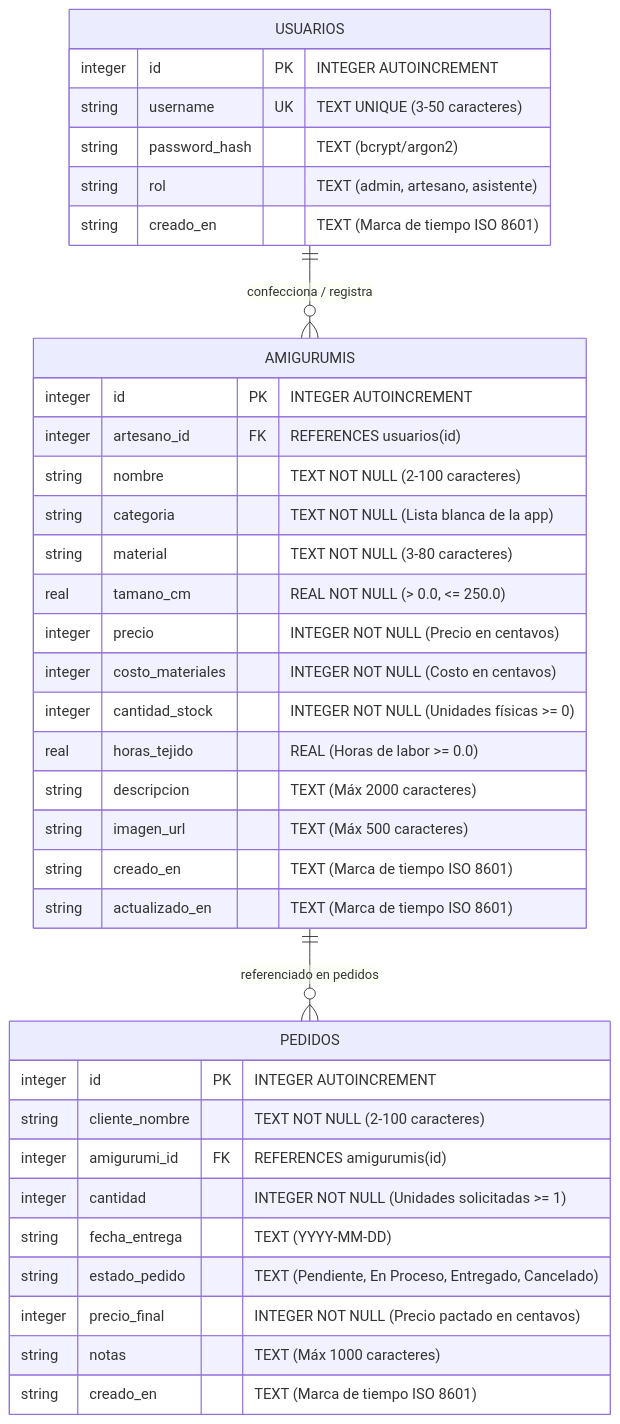
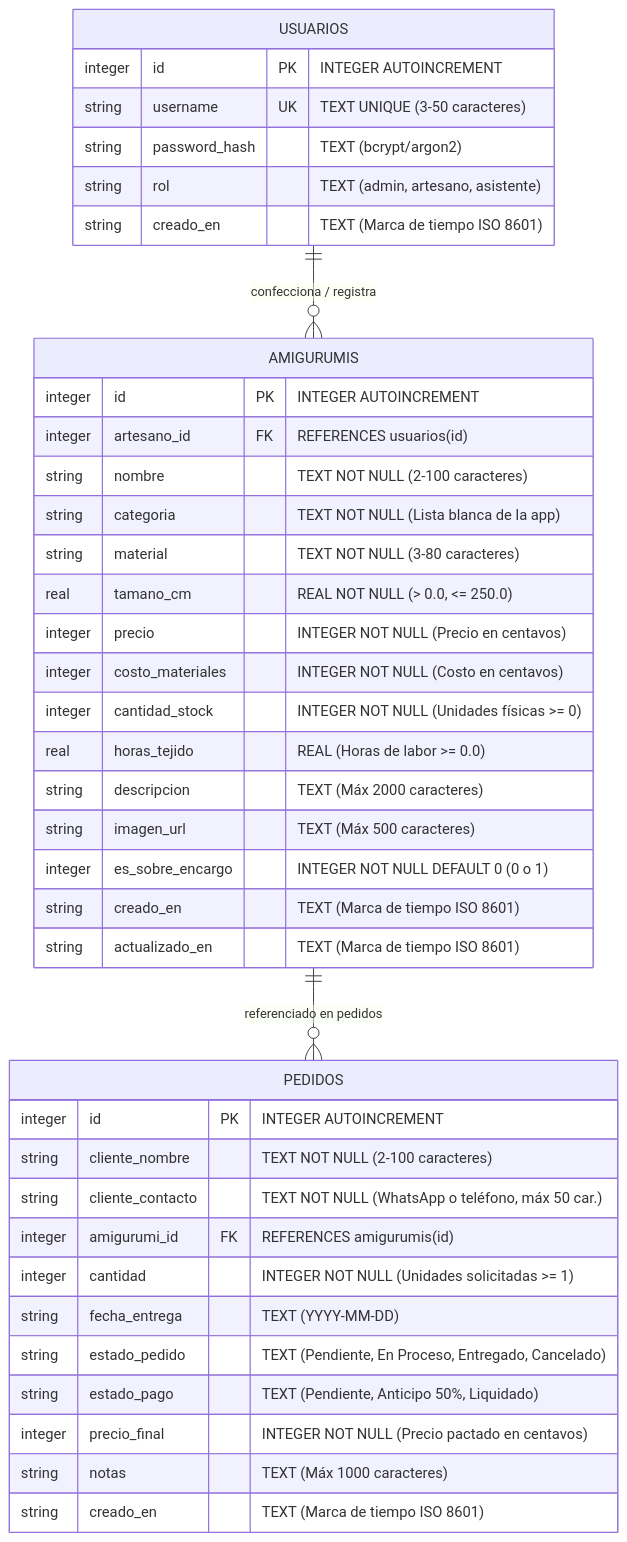
One commit to AngelKero/amigurumi-manager changed the diagram in docs/data-model.es.md. Above: the diagram before and after it, drawn with Mermaid. The commit also changed other lines of this file and 18 other files, not shown here.

Commit message:
refactor: transition project to Clean Architecture with modular PHP views and refined design system specifications

````diff
--- a/docs/data-model.es.md
+++ b/docs/data-model.es.md
@@ -18,42 +18,45 @@
 ```mermaid
 erDiagram
     USUARIOS {
         integer id PK "INTEGER AUTOINCREMENT"
         string username UK "TEXT UNIQUE (3-50 caracteres)"
         string password_hash "TEXT (bcrypt/argon2)"
         string rol "TEXT (admin, artesano, asistente)"
         string creado_en "TEXT (Marca de tiempo ISO 8601)"
     }
 
     AMIGURUMIS {
         integer id PK "INTEGER AUTOINCREMENT"
         integer artesano_id FK "REFERENCES usuarios(id)"
         string nombre "TEXT NOT NULL (2-100 caracteres)"
         string categoria "TEXT NOT NULL (Lista blanca de la app)"
         string material "TEXT NOT NULL (3-80 caracteres)"
         real tamano_cm "REAL NOT NULL (> 0.0, <= 250.0)"
         integer precio "INTEGER NOT NULL (Precio en centavos)"
         integer costo_materiales "INTEGER NOT NULL (Costo en centavos)"
         integer cantidad_stock "INTEGER NOT NULL (Unidades físicas >= 0)"
         real horas_tejido "REAL (Horas de labor >= 0.0)"
         string descripcion "TEXT (Máx 2000 caracteres)"
         string imagen_url "TEXT (Máx 500 caracteres)"
+        integer es_sobre_encargo "INTEGER NOT NULL DEFAULT 0 (0 o 1)"
         string creado_en "TEXT (Marca de tiempo ISO 8601)"
         string actualizado_en "TEXT (Marca de tiempo ISO 8601)"
     }
 
     PEDIDOS {
         integer id PK "INTEGER AUTOINCREMENT"
         string cliente_nombre "TEXT NOT NULL (2-100 caracteres)"
+        string cliente_contacto "TEXT NOT NULL (WhatsApp o teléfono, máx 50 car.)"
         integer amigurumi_id FK "REFERENCES amigurumis(id)"
         integer cantidad "INTEGER NOT NULL (Unidades solicitadas >= 1)"
         string fecha_entrega "TEXT (YYYY-MM-DD)"
         string estado_pedido "TEXT (Pendiente, En Proceso, Entregado, Cancelado)"
+        string estado_pago "TEXT (Pendiente, Anticipo 50%, Liquidado)"
         integer precio_final "INTEGER NOT NULL (Precio pactado en centavos)"
         string notas "TEXT (Máx 1000 caracteres)"
         string creado_en "TEXT (Marca de tiempo ISO 8601)"
     }
 
     USUARIOS ||--o{ AMIGURUMIS : "confecciona / registra"
     AMIGURUMIS ||--o{ PEDIDOS : "referenciado en pedidos"
 ```
````
